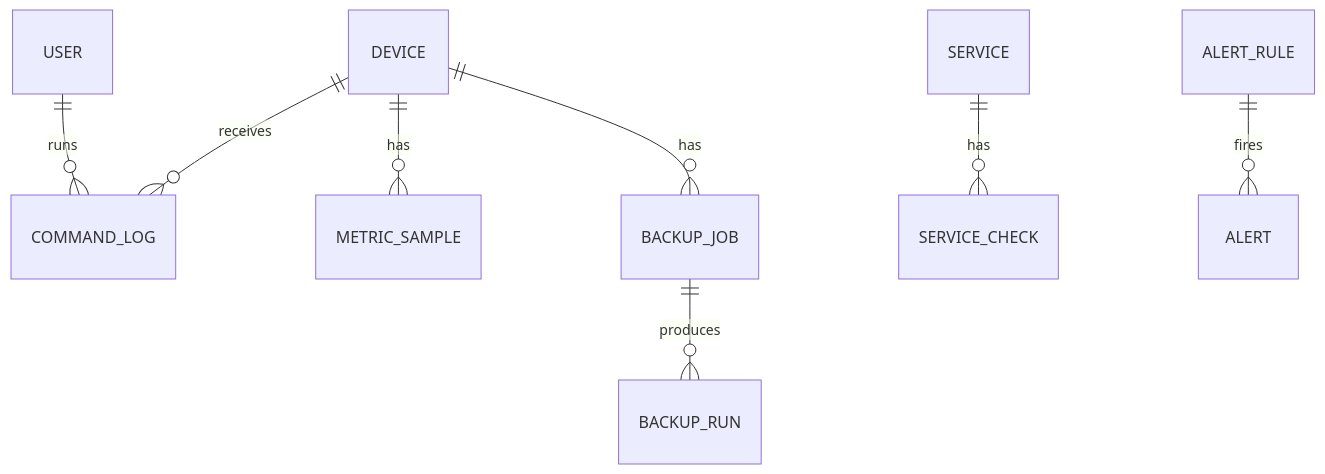
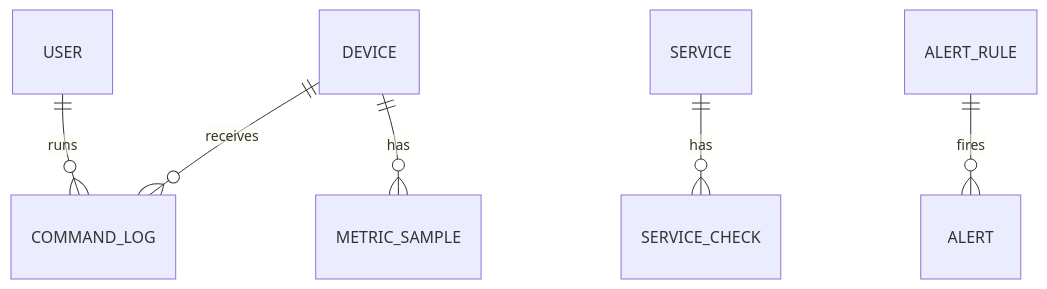
Before and after one commit to ahmadghouri/homelab-dashboard: the fifth of 5 diagrams in PLAN.md, drawn with Mermaid. The commit also changed other lines of this file and 342 other files, not shown here.

````diff
--- a/PLAN.md
+++ b/PLAN.md
@@ -240,10 +230,8 @@
 ```mermaid
 erDiagram
     USER ||--o{ COMMAND_LOG : runs
     DEVICE ||--o{ METRIC_SAMPLE : has
-    DEVICE ||--o{ BACKUP_JOB : has
-    BACKUP_JOB ||--o{ BACKUP_RUN : produces
     DEVICE ||--o{ COMMAND_LOG : receives
     SERVICE ||--o{ SERVICE_CHECK : has
     ALERT_RULE ||--o{ ALERT : fires
 ```
````
